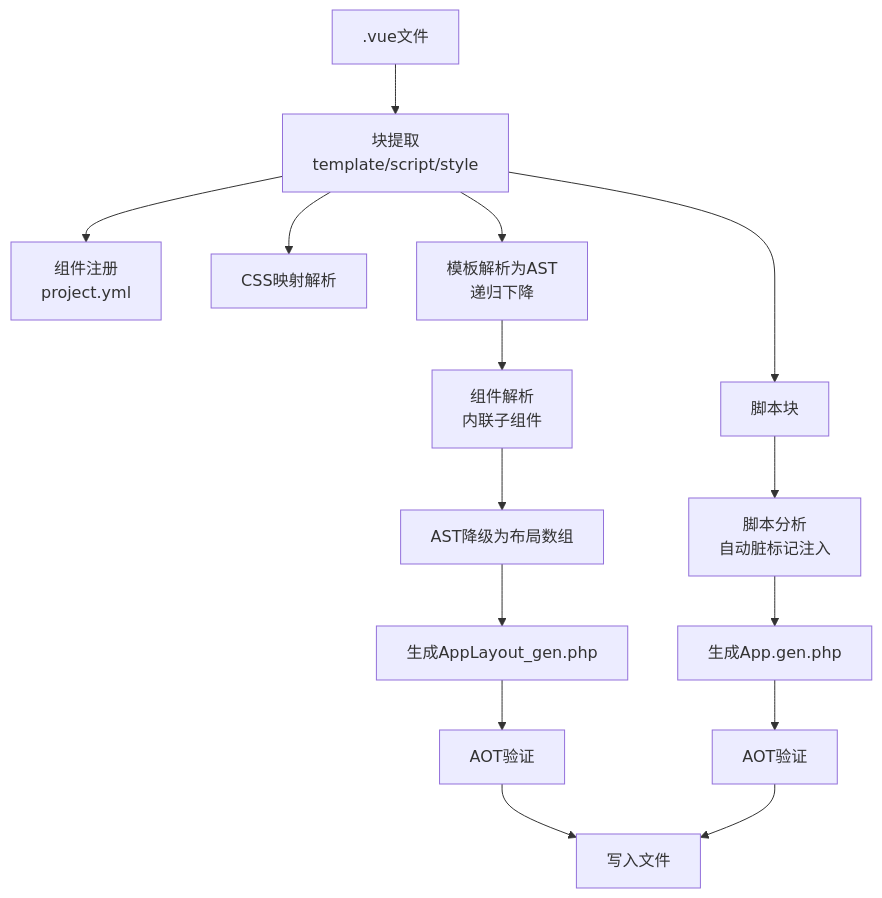
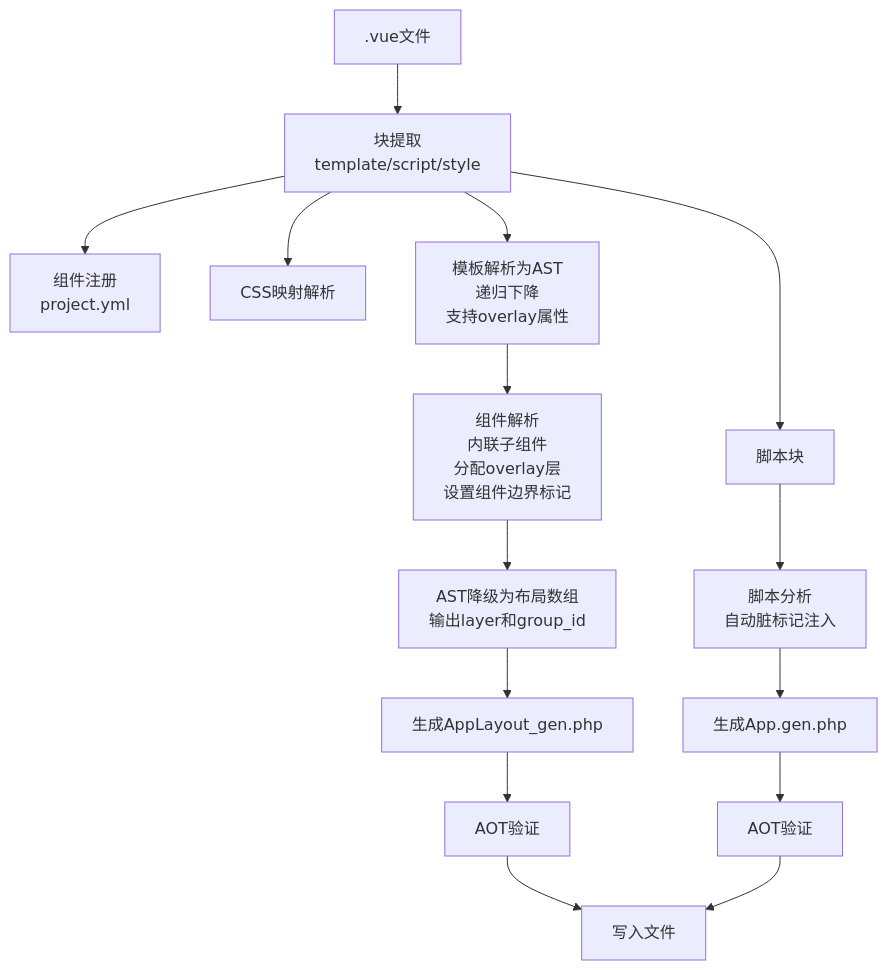
Diagram 13 of 13 in .qoder/repowiki/zh/content/SFC编译器系统/SFC编译器系统.md (xingye00186/PHP-Data-UI-Framework-powered-by-swooleAOT), drawn with Mermaid before and after one commit. The commit also changed other lines of this file and 37 other files, not shown here.

````diff
--- a/.qoder/repowiki/zh/content/SFC编译器系统/SFC编译器系统.md
+++ b/.qoder/repowiki/zh/content/SFC编译器系统/SFC编译器系统.md
@@ -582,17 +638,17 @@
 ```mermaid
 flowchart TD
 VUE[".vue文件"] --> EXTRACT["块提取<br/>template/script/style"]
 EXTRACT --> REGISTRY["组件注册<br/>project.yml"]
 EXTRACT --> CSSPARSE["CSS映射解析"]
-EXTRACT --> TLPARSE["模板解析为AST<br/>递归下降"]
-TLPARSE --> COMPRESOLVE["组件解析<br/>内联子组件"]
-COMPRESOLVE --> LOWER["AST降级为布局数组"]
+EXTRACT --> TLPARSE["模板解析为AST<br/>递归下降<br/>支持overlay属性"]
+TLPARSE --> COMPRESOLVE["组件解析<br/>内联子组件<br/>分配overlay层<br/>设置组件边界标记"]
+COMPRESOLVE --> LOWER["AST降级为布局数组<br/>输出layer和group_id"]
 LOWER --> GENLAYOUT["生成AppLayout_gen.php"]
 GENLAYOUT --> VALID1["AOT验证"]
 EXTRACT --> SCRIPT["脚本块"]
 SCRIPT --> SCRIPTANALYZE["脚本分析<br/>自动脏标记注入"]
 SCRIPTANALYZE --> GENCLASS["生成App.gen.php"]
 GENCLASS --> VALID2["AOT验证"]
 VALID1 --> WRITE["写入文件"]
 VALID2 --> WRITE
 ```
````
